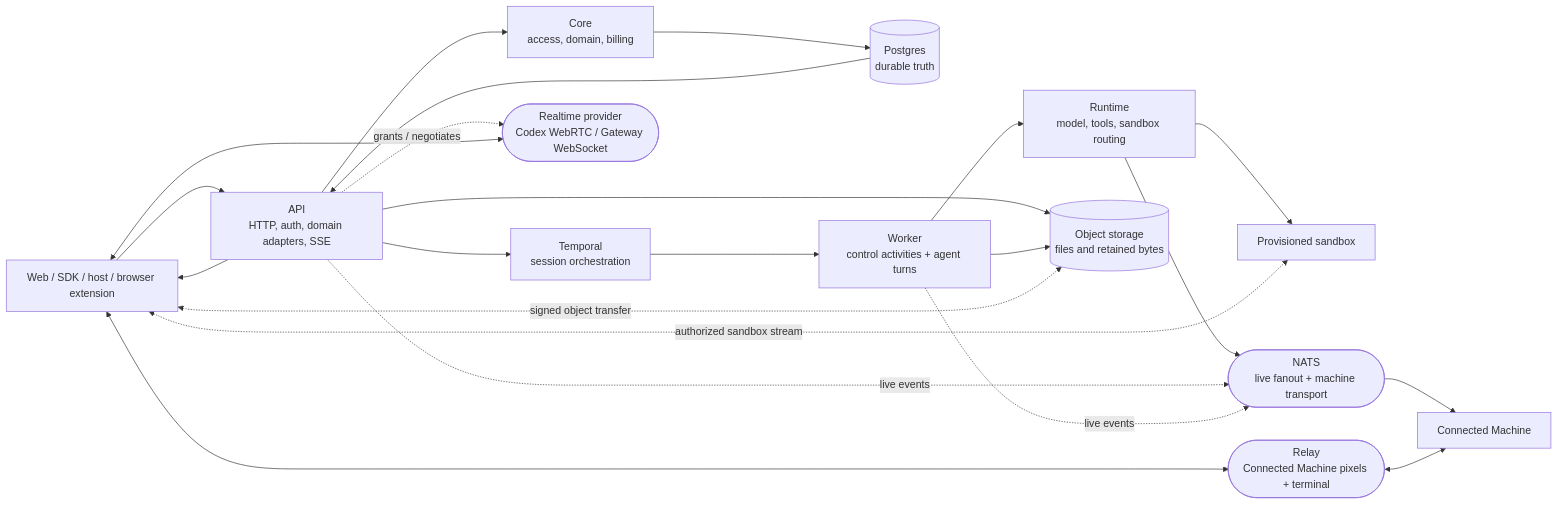
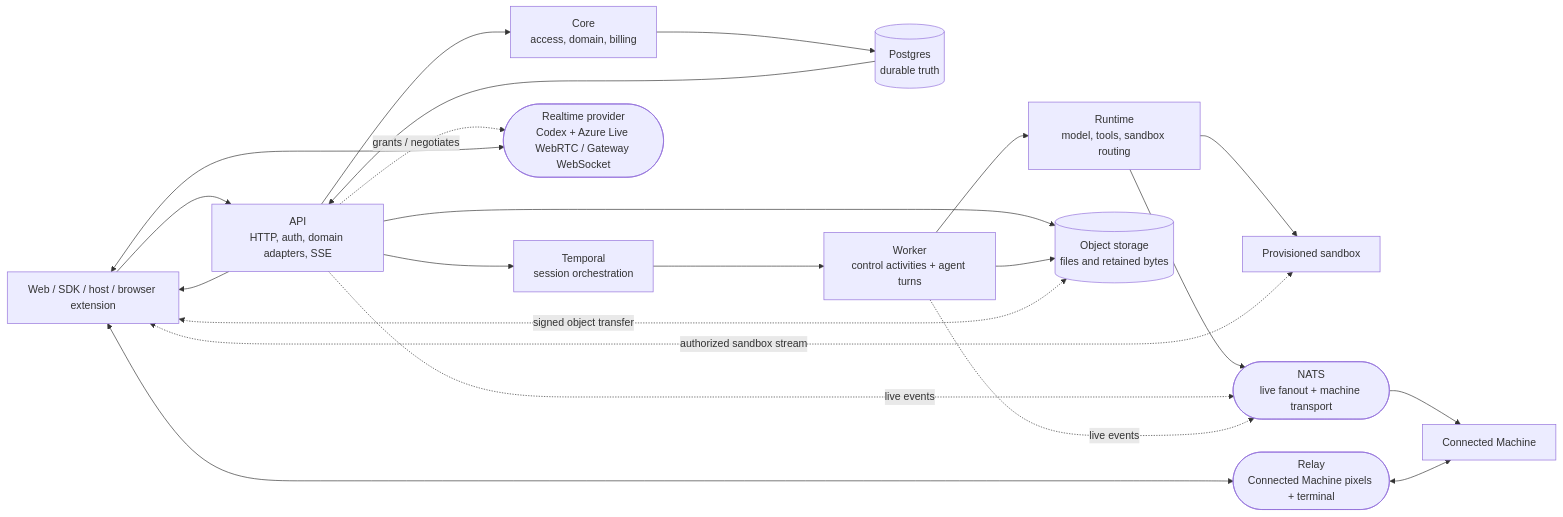
The first of 2 diagrams in docs/architecture.md (Cloudgeni-ai/opengeni), drawn with Mermaid before and after one commit. The commit also changed other lines of this file and 33 other files, not shown here.

Commit message:
feat: support Azure GPT Live hosted realtime voice

````diff
--- a/docs/architecture.md
+++ b/docs/architecture.md
@@ -645,38 +645,38 @@
 ```mermaid
 flowchart LR
   Client["Web / SDK / host / browser extension"]
   API["API\nHTTP, auth, domain adapters, SSE"]
   Core["Core\naccess, domain, billing"]
   PG[("Postgres\ndurable truth")]
   Temporal["Temporal\nsession orchestration"]
   Worker["Worker\ncontrol activities + agent turns"]
   Runtime["Runtime\nmodel, tools, sandbox routing"]
   Sandbox["Provisioned sandbox"]
   Machine["Connected Machine"]
   NATS(["NATS\nlive fanout + machine transport"])
   Relay(["Relay\nConnected Machine pixels + terminal"])
-  Realtime(["Realtime provider\nCodex WebRTC / Gateway WebSocket"])
+  Realtime(["Realtime provider\nCodex + Azure Live WebRTC / Gateway WebSocket"])
   Objects[("Object storage\nfiles and retained bytes")]
 
   Client --> API
   API --> Core
   Core --> PG
   API --> Temporal
   Temporal --> Worker
   Worker --> Runtime
   Runtime --> Sandbox
   Runtime --> NATS
   NATS --> Machine
   API -. live events .-> NATS
   Worker -. live events .-> NATS
   PG --> API
   API --> Client
   API --> Objects
   Worker --> Objects
   API -. grants / negotiates .-> Realtime
   Client <--> Realtime
   Client <-. signed object transfer .-> Objects
   Client <-. authorized sandbox stream .-> Sandbox
   Client <--> Relay
   Relay <--> Machine
 ```
````
